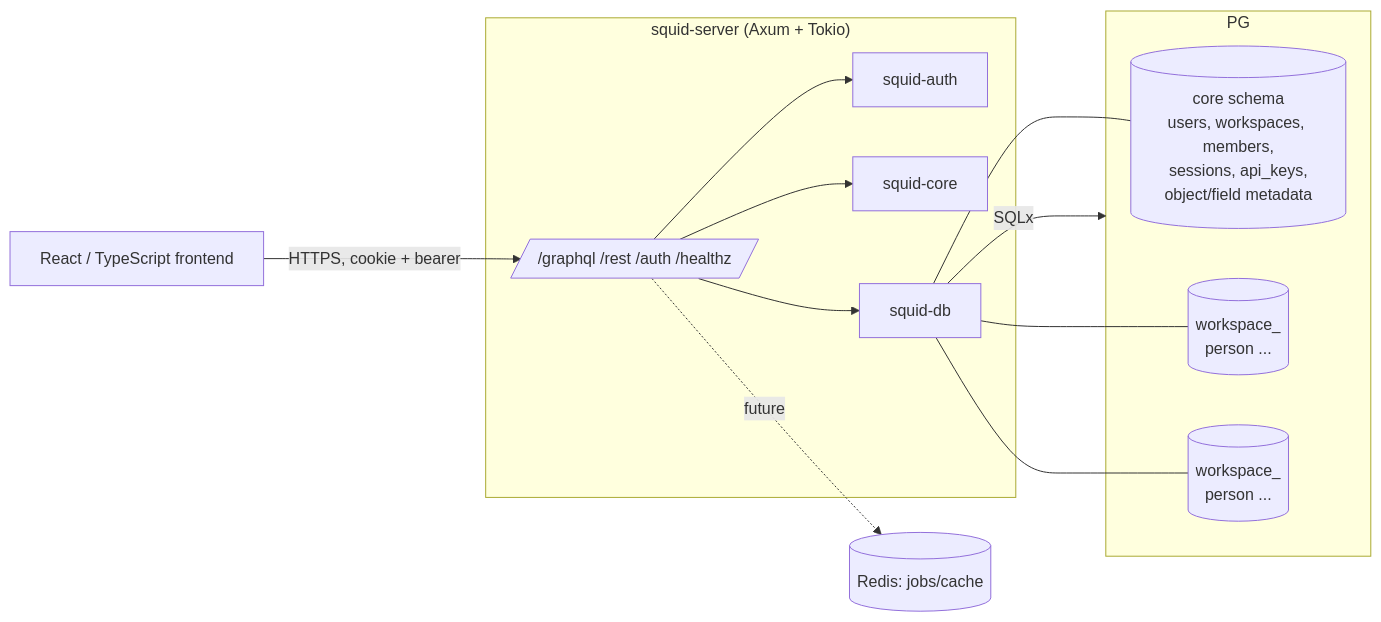
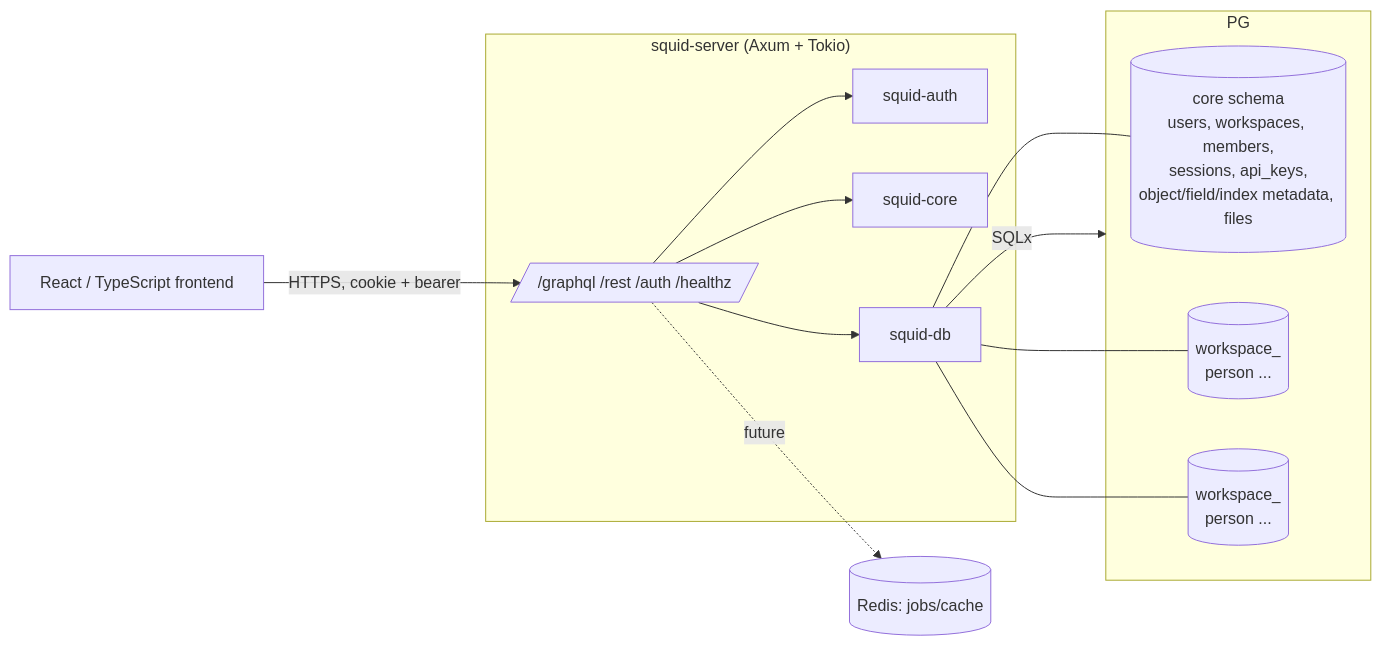
One commit to Mullassery/Squid-CRM changed the first of 3 diagrams in docs/architecture/overview.md. Above: the diagram before and after it, drawn with Mermaid. The commit also changed other lines of this file and 54 other files, not shown here.

````diff
--- a/docs/architecture/overview.md
+++ b/docs/architecture/overview.md
@@ -5,23 +5,23 @@
 ```mermaid
 flowchart LR
   Browser[React / TypeScript frontend] -->|HTTPS, cookie + bearer| API
   subgraph Rust["squid-server (Axum + Tokio)"]
     API[/"/graphql /rest /auth /healthz"/]
     AUTH[squid-auth]
     CORE[squid-core]
     DBLAYER[squid-db]
   end
   API --> AUTH
   API --> CORE
   API --> DBLAYER
   DBLAYER -->|SQLx| PG[(PostgreSQL 16)]
   subgraph PG
-    CORE_SCHEMA[(core schema\nusers, workspaces, members,\nsessions, api_keys,\nobject/field metadata)]
+    CORE_SCHEMA[(core schema\nusers, workspaces, members,\nsessions, api_keys,\nobject/field/index metadata, files)]
     WS_A[(workspace_<id>\nperson ...)]
     WS_B[(workspace_<id>\nperson ...)]
   end
   DBLAYER --- CORE_SCHEMA
   DBLAYER --- WS_A
   DBLAYER --- WS_B
   API -. future .-> REDIS[(Redis: jobs/cache)]
 ```
````
